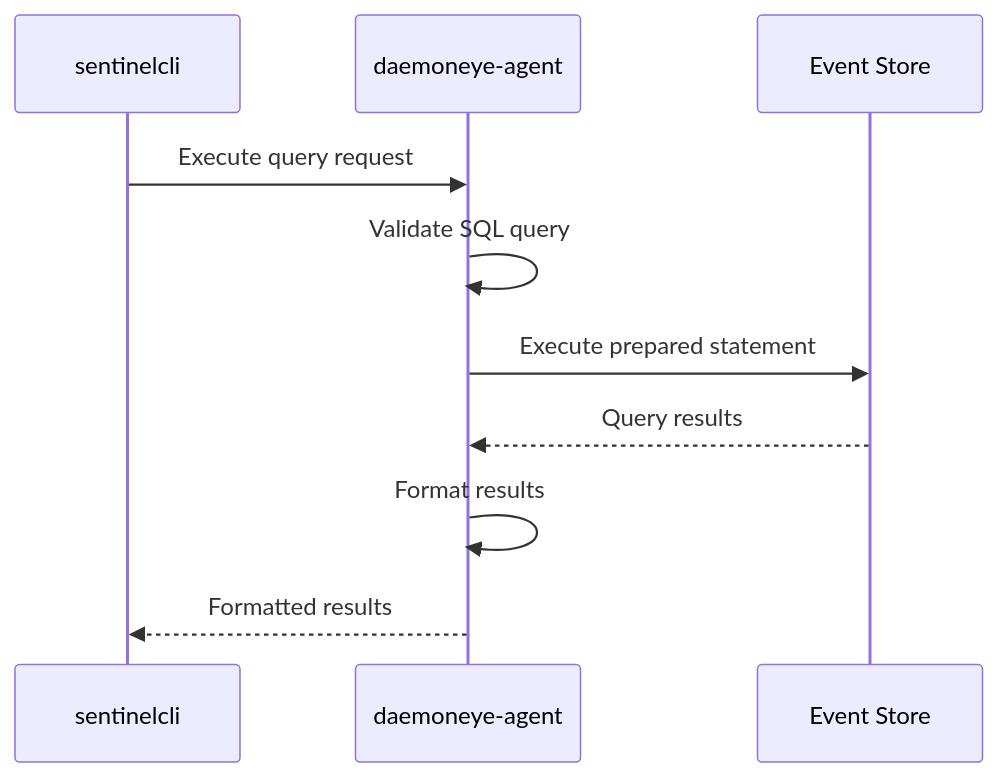
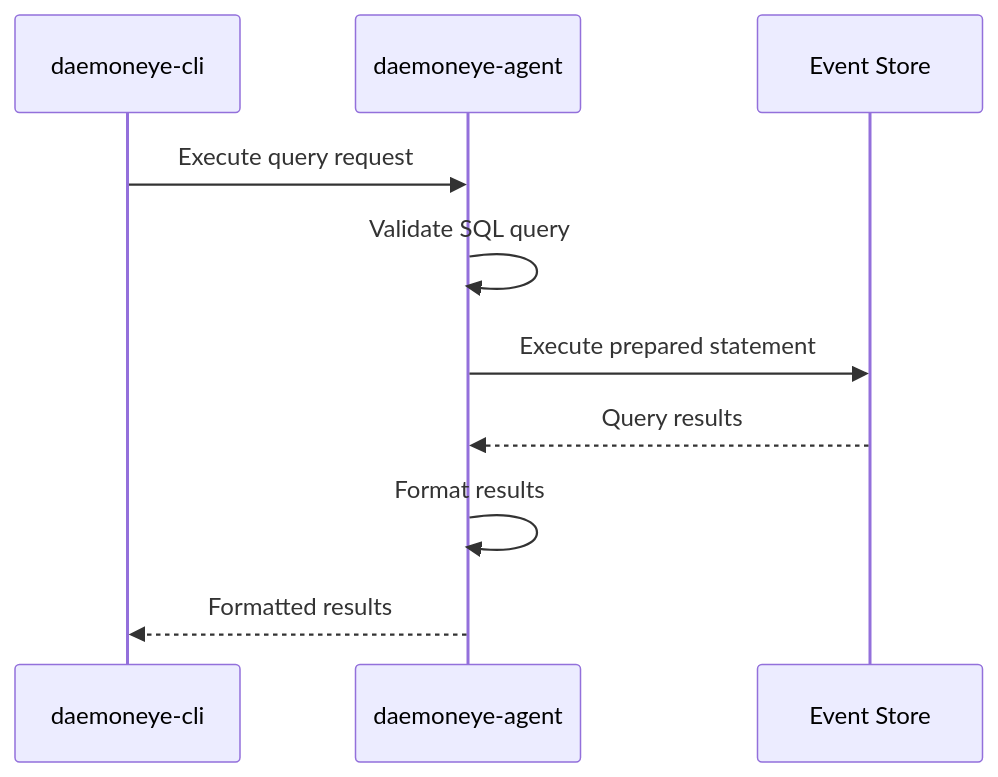
Before and after one commit to EvilBit-Labs/DaemonEye: the fourth of 4 diagrams in docs/src/architecture/system-architecture.md, drawn with Mermaid. The commit also changed other lines of this file and 24 other files, not shown here.

````diff
--- a/docs/src/architecture/system-architecture.md
+++ b/docs/src/architecture/system-architecture.md
@@ -381,13 +381,13 @@
 ```mermaid
 sequenceDiagram
-    participant CLI as sentinelcli
+    participant CLI as daemoneye-cli
     participant SA as daemoneye-agent
     participant DB as Event Store
 
     CLI->>SA: Execute query request
     SA->>SA: Validate SQL query
     SA->>DB: Execute prepared statement
     DB-->>SA: Query results
     SA->>SA: Format results
     SA-->>CLI: Formatted results
 ```
````
